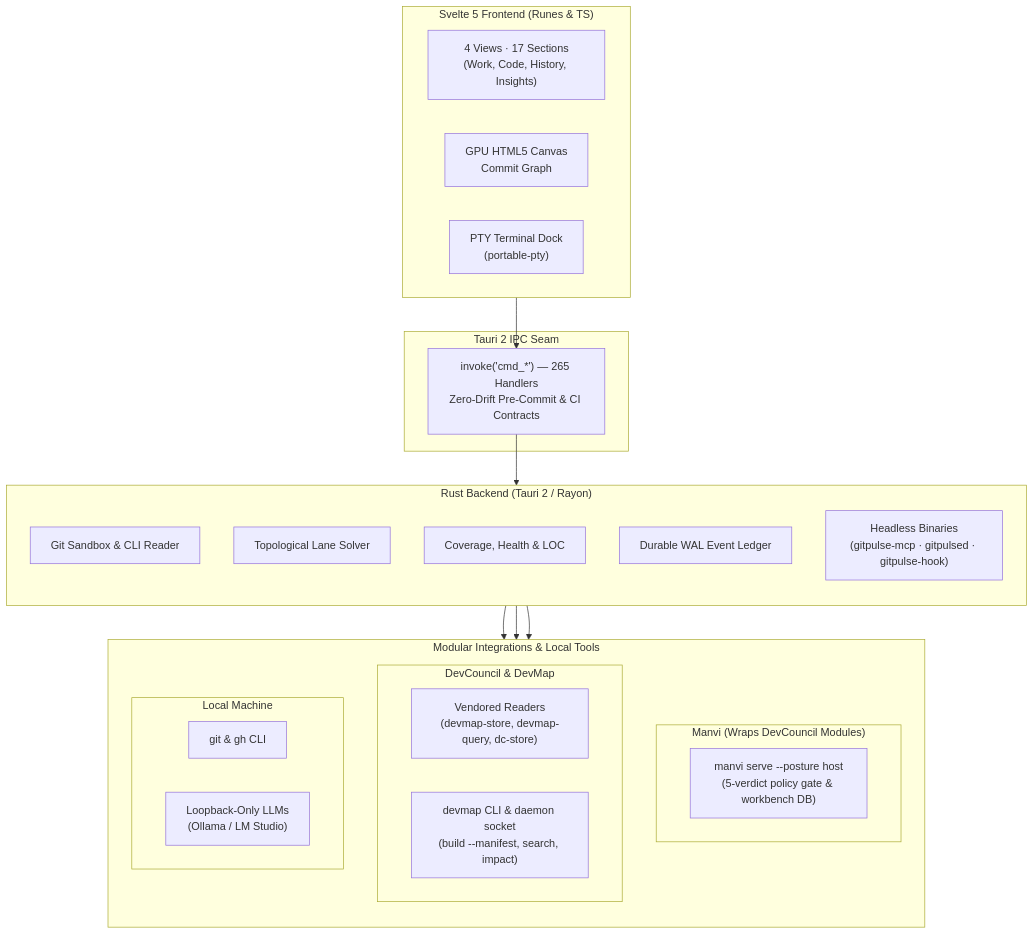
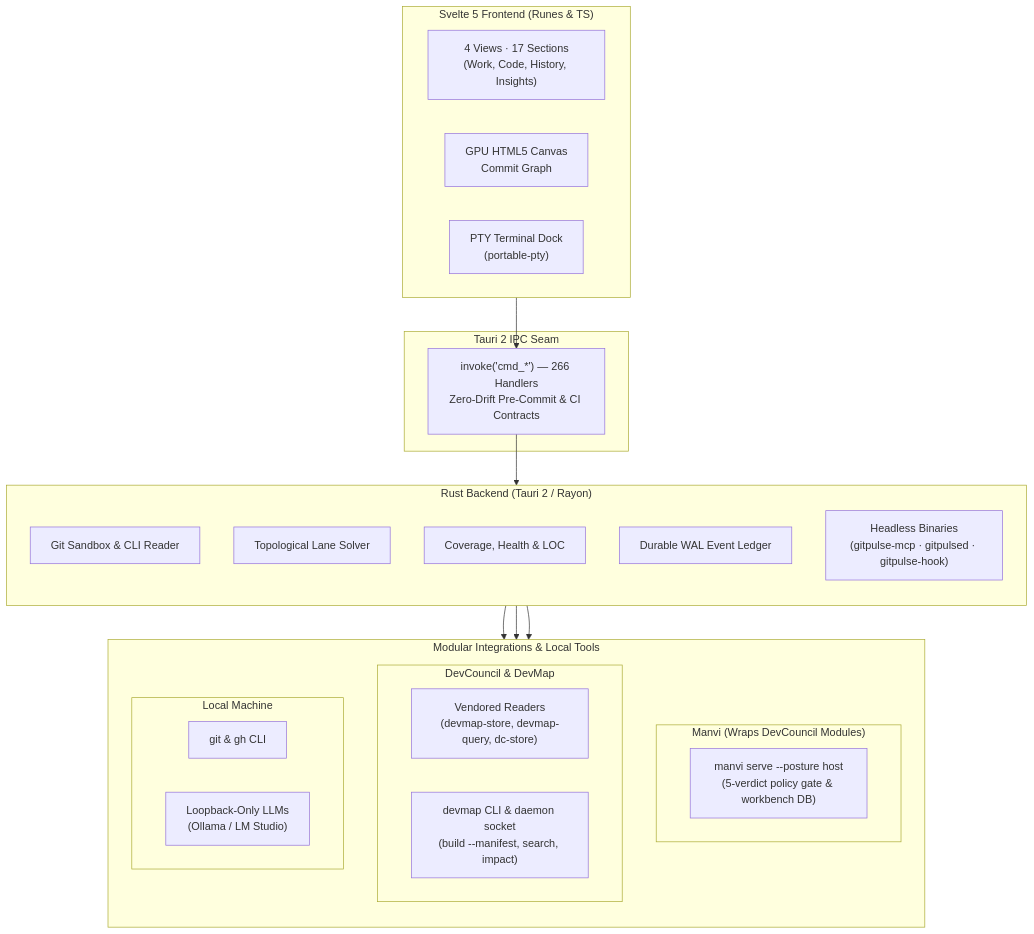
One commit to bharathvbcr/GitPulse changed the diagram in README.md. Above: the diagram before and after it, drawn with Mermaid. The commit also changed 22 other files, not shown here.

````diff
--- a/README.md
+++ b/README.md
@@ -116,43 +116,43 @@
 ```mermaid
 flowchart TB
     subgraph Frontend["Svelte 5 Frontend (Runes & TS)"]
         direction LR
         Views["4 Views · 17 Sections<br/>(Work, Code, History, Insights)"]
         Canvas["GPU HTML5 Canvas<br/>Commit Graph"]
         TerminalDock["PTY Terminal Dock<br/>(portable-pty)"]
     end
 
     subgraph IPC["Tauri 2 IPC Seam"]
-        Bridge["invoke('cmd_*') — 265 Handlers<br/>Zero-Drift Pre-Commit & CI Contracts"]
+        Bridge["invoke('cmd_*') — 266 Handlers<br/>Zero-Drift Pre-Commit & CI Contracts"]
     end
 
     subgraph Backend["Rust Backend (Tauri 2 / Rayon)"]
         direction TB
         GitEngine["Git Sandbox & CLI Reader"]
         LaneSolver["Topological Lane Solver"]
         Analyzers["Coverage, Health & LOC"]
         Ledger["Durable WAL Event Ledger"]
         Headless["Headless Binaries<br/>(gitpulse-mcp · gitpulsed · gitpulse-hook)"]
     end
 
     subgraph Integrations["Modular Integrations & Local Tools"]
         direction TB
         subgraph ManviWrap["Manvi (Wraps DevCouncil Modules)"]
             ManviSidecar["manvi serve --posture host<br/>(5-verdict policy gate & workbench DB)"]
         end
         subgraph DevCouncilMods["DevCouncil & DevMap"]
             Vendored["Vendored Readers<br/>(devmap-store, devmap-query, dc-store)"]
             DevMapCLI["devmap CLI & daemon socket<br/>(build --manifest, search, impact)"]
         end
         subgraph LocalTools["Local Machine"]
             CLI["git & gh CLI"]
             LocalLLM["Loopback-Only LLMs<br/>(Ollama / LM Studio)"]
         end
     end
 
     Frontend --> Bridge
     Bridge --> Backend
     Backend --> ManviWrap
     Backend --> DevCouncilMods
     Backend --> LocalTools
 ```
````
